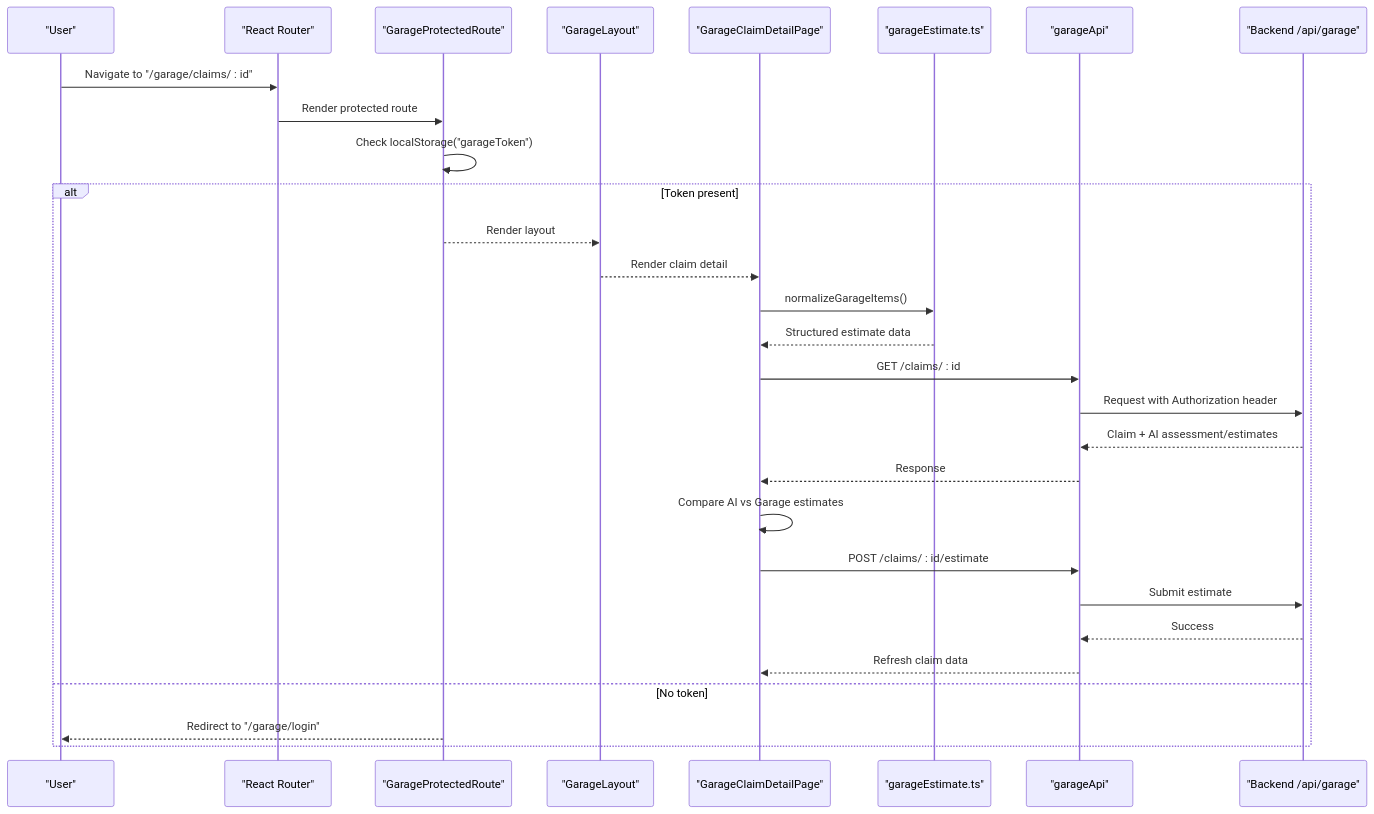
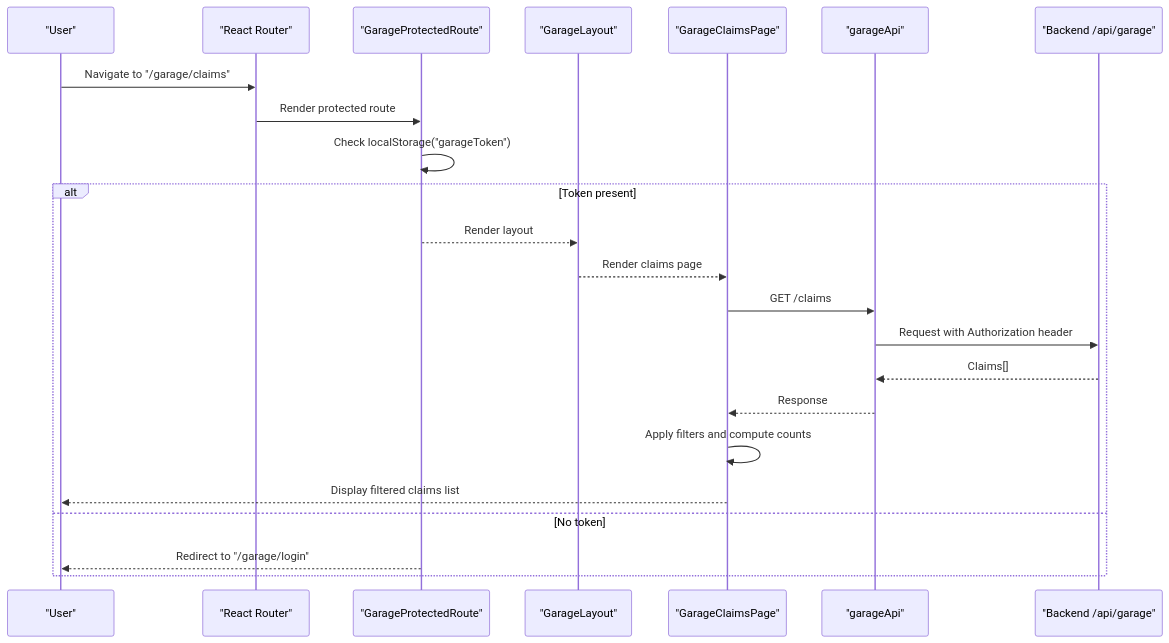
One commit to NaveenHiranya/Smart-Vehicle-Insurance-Claim-System changed the second of 10 diagrams in .qoder/repowiki/en/content/Frontend Documentation/Garage Frontend Interface.md. Above: the diagram before and after it, drawn with Mermaid. The commit also changed other lines of this file and 38 other files, not shown here.

````diff
--- a/.qoder/repowiki/en/content/Frontend Documentation/Garage Frontend Interface.md
+++ b/.qoder/repowiki/en/content/Frontend Documentation/Garage Frontend Interface.md
@@ -103,31 +106,25 @@
 ```mermaid
 sequenceDiagram
 participant U as "User"
 participant R as "React Router"
 participant GPR as "GarageProtectedRoute"
 participant GL as "GarageLayout"
-participant GCD as "GarageClaimDetailPage"
-participant GEU as "garageEstimate.ts"
+participant GCP as "GarageClaimsPage"
 participant GA as "garageApi"
 participant BE as "Backend /api/garage"
-U->>R : Navigate to "/garage/claims/ : id"
+U->>R : Navigate to "/garage/claims"
 R->>GPR : Render protected route
 GPR->>GPR : Check localStorage("garageToken")
 alt Token present
 GPR-->>GL : Render layout
-GL-->>GCD : Render claim detail
-GCD->>GEU : normalizeGarageItems()
-GEU-->>GCD : Structured estimate data
-GCD->>GA : GET /claims/ : id
+GL-->>GCP : Render claims page
+GCP->>GA : GET /claims
 GA->>BE : Request with Authorization header
-BE-->>GA : Claim + AI assessment/estimates
-GA-->>GCD : Response
-GCD->>GCD : Compare AI vs Garage estimates
-GCD->>GA : POST /claims/ : id/estimate
-GA->>BE : Submit estimate
-BE-->>GA : Success
-GA-->>GCD : Refresh claim data
+BE-->>GA : Claims[]
+GA-->>GCP : Response
+GCP->>GCP : Apply filters and compute counts
+GCP-->>U : Display filtered claims list
 else No token
 GPR-->>U : Redirect to "/garage/login"
 end
 ```
````
